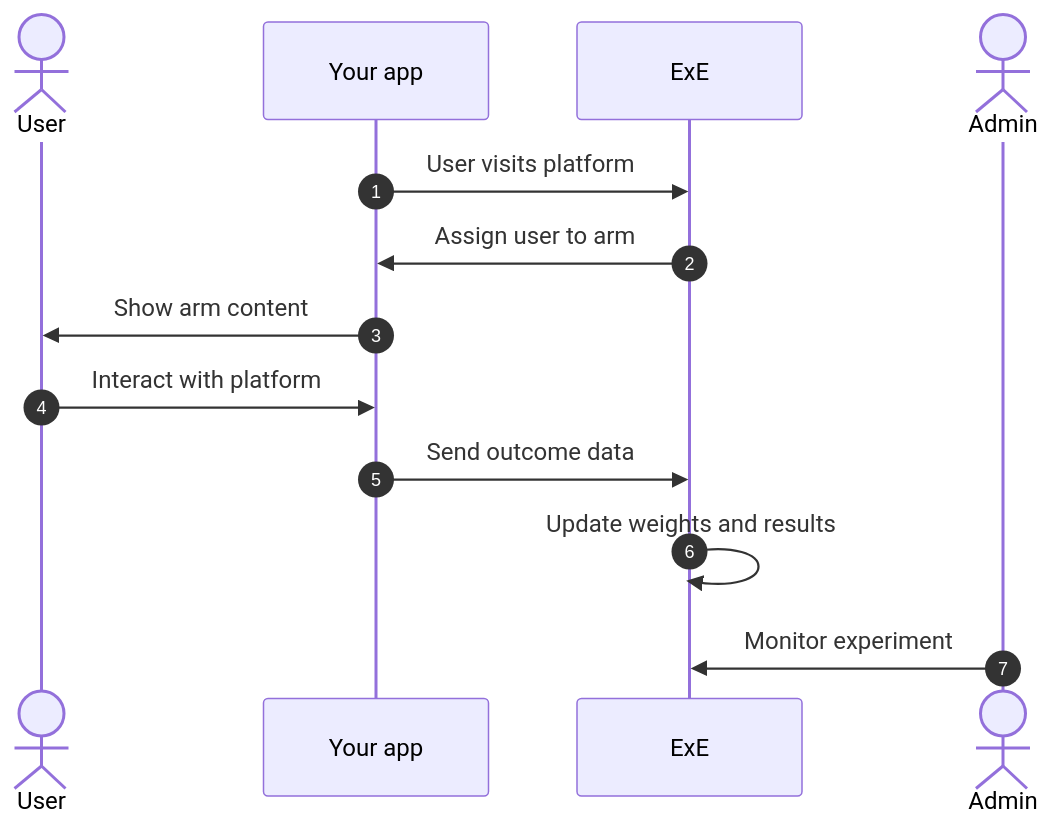
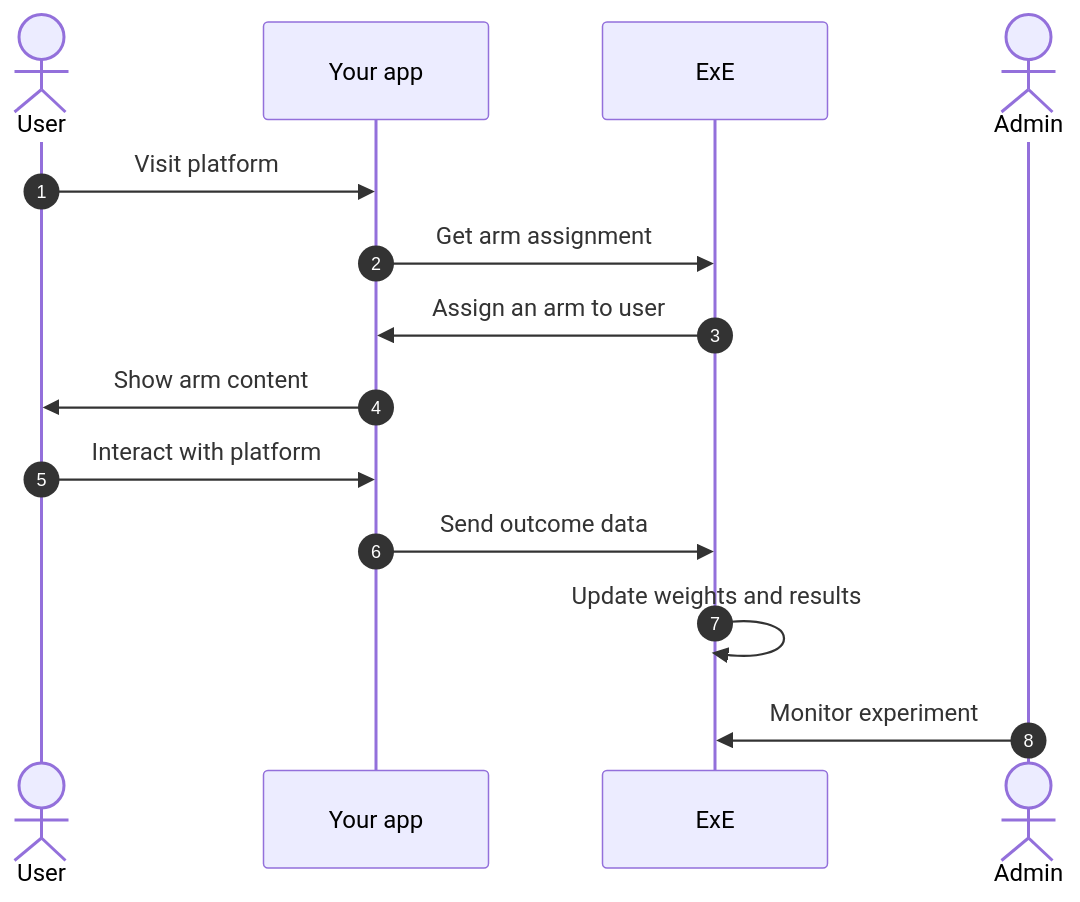
Before and after one commit to aadhil2k4/experiments-engine: the second of 2 diagrams in docs/index.md, drawn with Mermaid. The commit also changed 1 other file, not shown here.

````diff
--- a/docs/index.md
+++ b/docs/index.md
@@ -49,13 +49,14 @@
 ```mermaid
 sequenceDiagram
     autonumber
     actor User
-    Your app->>ExE: User visits platform
-    ExE->>Your app: Assign user to arm
+    User->>Your app: Visit platform
+    Your app->>ExE: Get arm assignment
+    ExE->>Your app: Assign an arm to user
     Your app->>User: Show arm content
     User->>Your app: Interact with platform
     Your app->>ExE: Send outcome data
     ExE->>ExE: Update weights and results
     actor Admin
     Admin->>ExE: Monitor experiment
 ```
````
